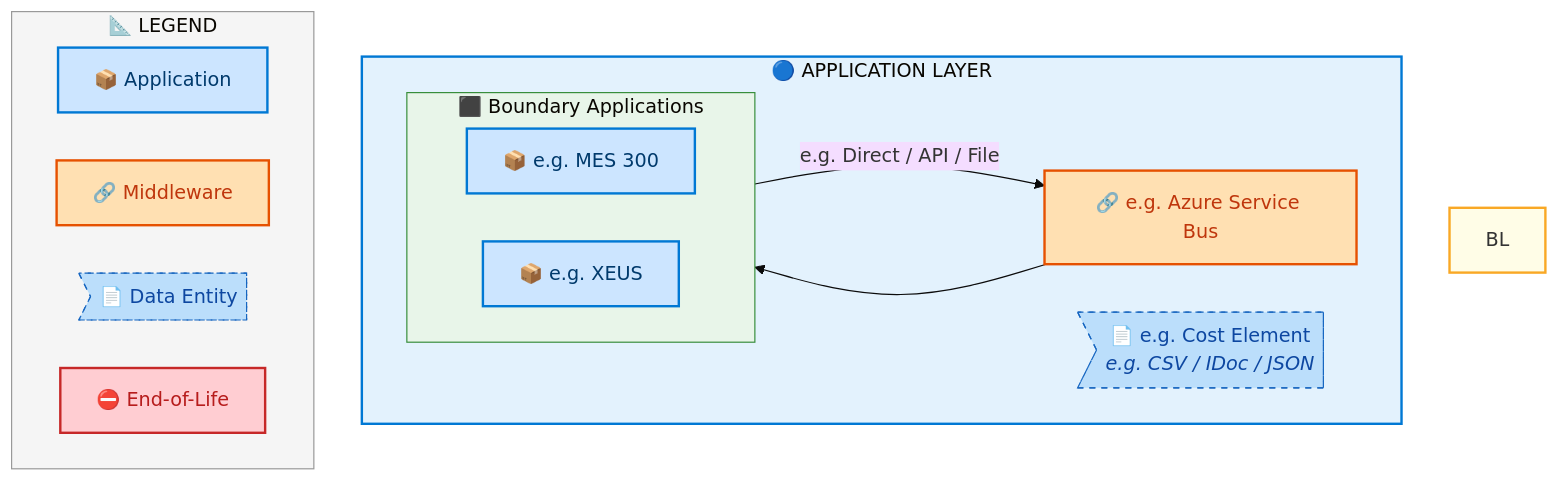
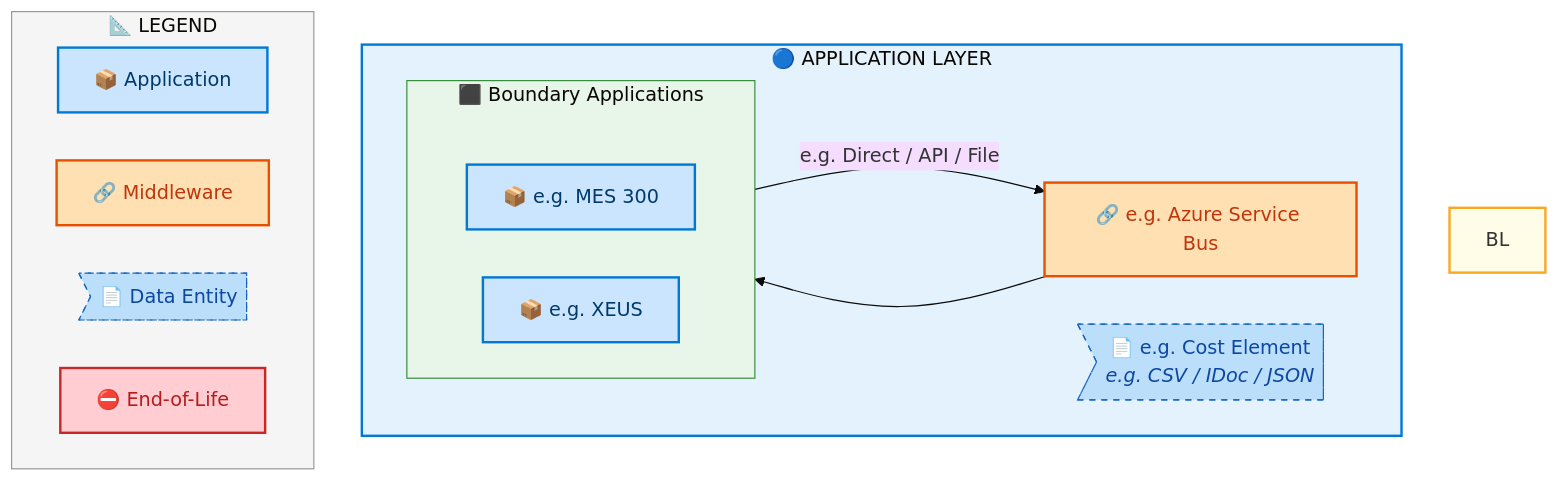
Diagram 12 of 14 in towers/E2E/Forecast to Stock/E2E-08/output/docs/systems-architecture/E2E-08-Architecture.md (sajivfrancis777/IAO-Architecture), drawn with Mermaid before and after one commit. The commit also changed other lines of this file and 250 other files, not shown here.

First line of the commit message:
perf+fix: lazy Mermaid rendering + rank-enforced layer ordering

````diff
--- a/towers/E2E/Forecast to Stock/E2E-08/output/docs/systems-architecture/E2E-08-Architecture.md
+++ b/towers/E2E/Forecast to Stock/E2E-08/output/docs/systems-architecture/E2E-08-Architecture.md
@@ -933,42 +935,44 @@
 ```mermaid
 %%{init: {"theme": "base", "securityLevel": "loose", "themeVariables": {"fontSize": "16px", "fontFamily": "Segoe UI, Arial, sans-serif"}, "flowchart": {"useMaxWidth": false, "htmlLabels": true, "nodeSpacing": 40, "rankSpacing": 50}} }%%
 flowchart TB
     %% -- ArchiMate 3.2 + Azure style classes --
     classDef business      fill:#FFFFB3,stroke:#F9A825,stroke-width:2px,color:#000
     classDef app           fill:#CCE5FF,stroke:#0078D4,stroke-width:2px,color:#003A6C
     classDef data          fill:#BBDEFB,stroke:#1565C0,stroke-width:1px,color:#0D47A1,stroke-dasharray: 5 5
     classDef middleware    fill:#FFE0B2,stroke:#E65100,stroke-width:2px,color:#BF360C
     classDef eol           fill:#FFCDD2,stroke:#C62828,stroke-width:2px,color:#B71C1C
     classDef saas          fill:#E1BEE7,stroke:#7B1FA2,stroke-width:2px,color:#4A148C
     classDef cloud         fill:#BBDEFB,stroke:#1565C0,stroke-width:2px,color:#0D47A1
     classDef onprem        fill:#C8E6C9,stroke:#2E7D32,stroke-width:2px,color:#1B5E20
+    classDef rankAnchor    width:0px,height:0px,padding:0px,margin:0px,fill:none,stroke:none
 
     subgraph AL["🔵 APPLICATION LAYER"]
         direction LR
         subgraph E2E08FLN_Boundary_Applications[" ⬛ Boundary Applications"]
             direction LR
+            E2E08F_ALRANK_0[ ]:::rankAnchor
             E2E08F_e_g_MES_300["📦 e.g. MES 300"]:::app
             E2E08F_e_g_XEUS["📦 e.g. XEUS"]:::app
         end
         E2E08FMW_e_g_Azure_Service_Bus["🔗 e.g. Azure Service Bus"]:::middleware
         E2E08FDE_e_g_Cost_Element>"📄 e.g. Cost Element<br/><i>e.g. CSV / IDoc / JSON</i>"]:::data
     end
 
     E2E08F_e_g_MES_300 -->|"e.g. Direct / API / File"| E2E08FMW_e_g_Azure_Service_Bus
     E2E08FMW_e_g_Azure_Service_Bus --> E2E08F_e_g_XEUS
 
 
     style BL fill:#FFFDE7,stroke:#F9A825,stroke-width:2px
     style AL fill:#E3F2FD,stroke:#0078D4,stroke-width:2px
 
     style E2E08FLN_Boundary_Applications fill:#E8F5E9,stroke:#388E3C,stroke-width:1px
 
     subgraph Legend["📐 LEGEND"]
         direction LR
         L_APP["📦 Application"]:::app
         L_MW["🔗 Middleware"]:::middleware
         L_DE>"📄 Data Entity"]:::data
         L_EOL["⛔ End-of-Life"]:::eol
     end
     style Legend fill:#F5F5F5,stroke:#999,stroke-width:1px
 ```
````
